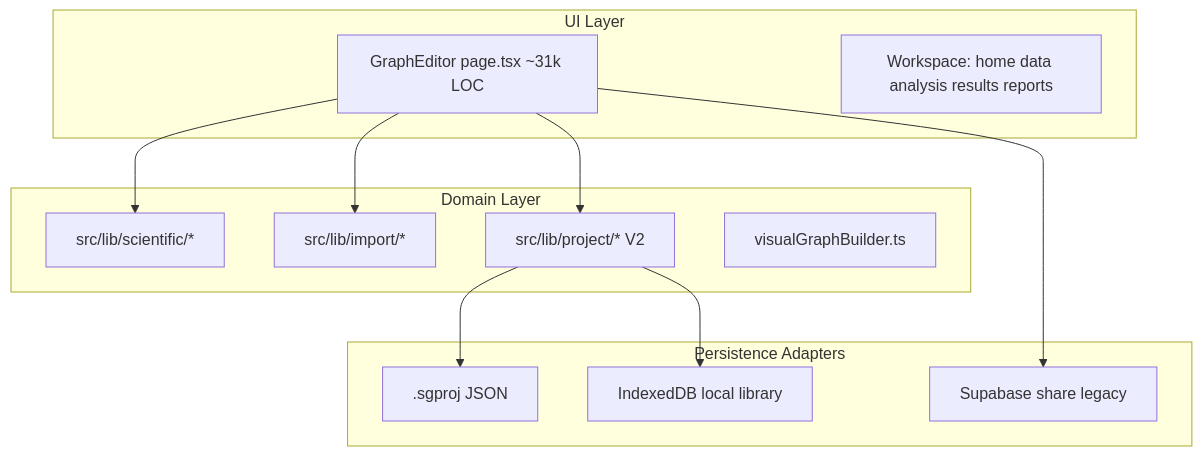
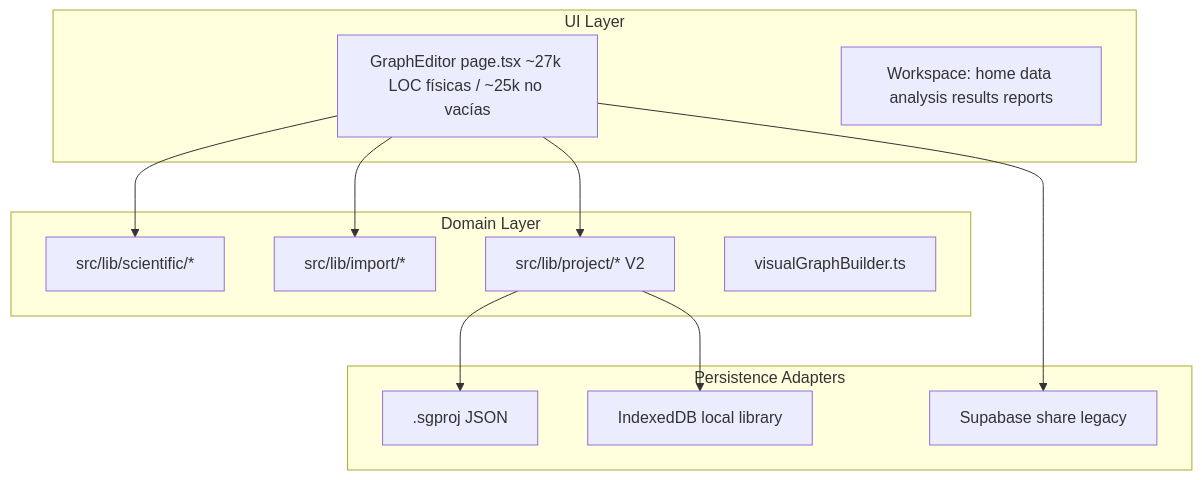
Before and after one commit to ssalguero/scientific-graph-ai: the first of 5 diagrams in MASTER_ROADMAP_V1.md, drawn with Mermaid. The commit also changed other lines of this file and 5 other files, not shown here.

````diff
--- a/MASTER_ROADMAP_V1.md
+++ b/MASTER_ROADMAP_V1.md
@@ -99,24 +100,24 @@
 ```mermaid
 flowchart TB
   subgraph ui [UI Layer]
-    GE["GraphEditor page.tsx ~31k LOC"]
+    GE["GraphEditor page.tsx ~27k LOC físicas / ~25k no vacías"]
     Tabs["Workspace: home data analysis results reports"]
   end
   subgraph domain [Domain Layer]
     SCI["src/lib/scientific/*"]
     Import["src/lib/import/*"]
     Project["src/lib/project/* V2"]
     VGB["visualGraphBuilder.ts"]
   end
   subgraph adapters [Persistence Adapters]
     SGPROJ[".sgproj JSON"]
     IDB["IndexedDB local library"]
     Supabase["Supabase share legacy"]
   end
   GE --> SCI
   GE --> Import
   GE --> Project
   Project --> SGPROJ
   Project --> IDB
   GE --> Supabase
 ```
````
